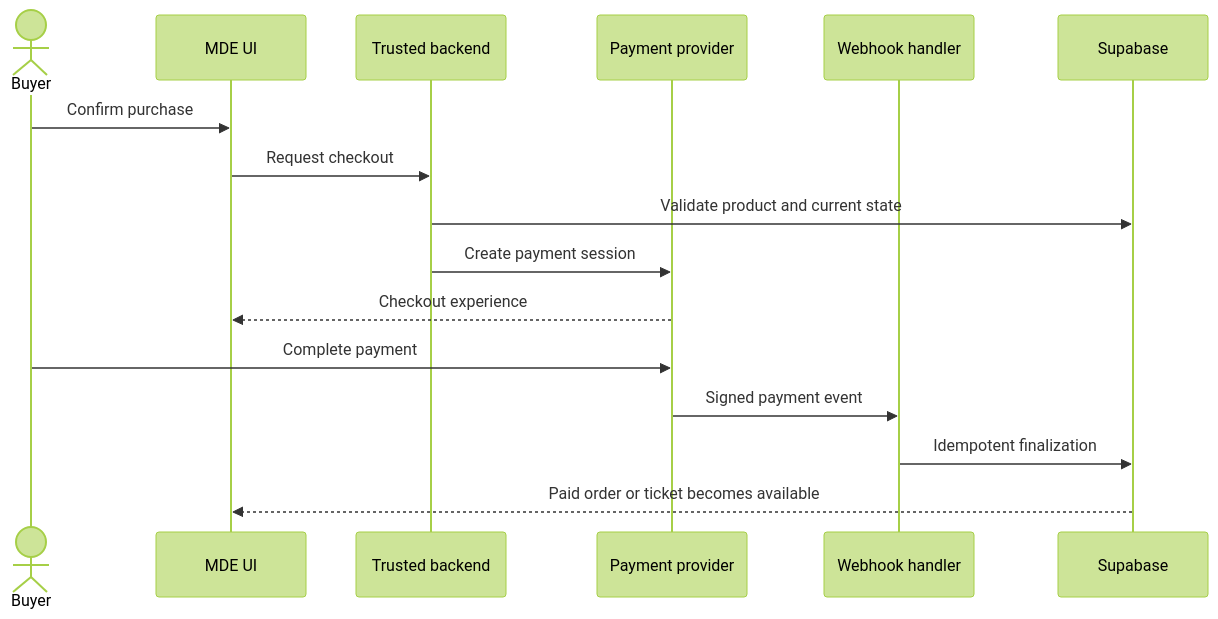
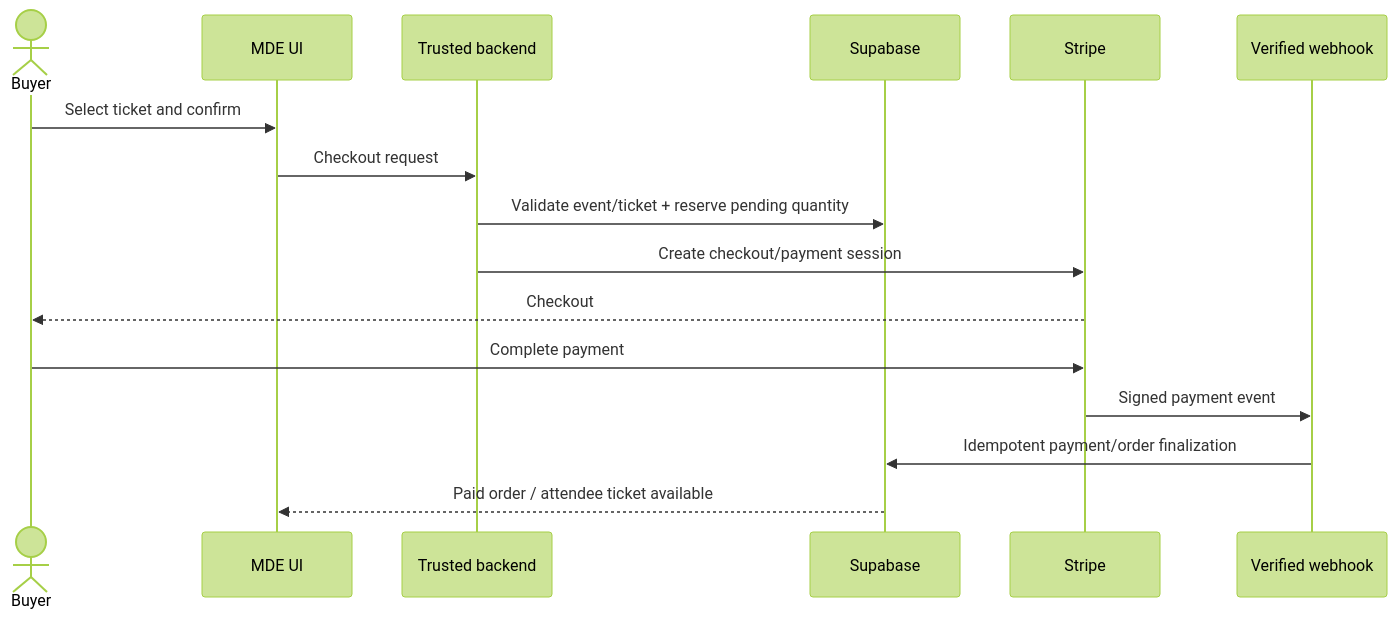
The eighth of 12 diagrams in docs/02-architecture/system-overview.md (amoai-tech/mdeai), drawn with Mermaid (forest theme) before and after one commit. The commit also changed other lines of this file, not shown here.

Commit message:
docs: expand system architecture with live data flows

````diff
--- a/docs/02-architecture/system-overview.md
+++ b/docs/02-architecture/system-overview.md
@@ -325,19 +463,19 @@
 ```mermaid
 sequenceDiagram
     actor Buyer
     participant UI as MDE UI
     participant API as Trusted backend
-    participant Pay as Payment provider
-    participant Hook as Webhook handler
     participant DB as Supabase
+    participant Stripe
+    participant Hook as Verified webhook
 
-    Buyer->>UI: Confirm purchase
-    UI->>API: Request checkout
-    API->>DB: Validate product and current state
-    API->>Pay: Create payment session
-    Pay-->>UI: Checkout experience
-    Buyer->>Pay: Complete payment
-    Pay->>Hook: Signed payment event
-    Hook->>DB: Idempotent finalization
-    DB-->>UI: Paid order or ticket becomes available
+    Buyer->>UI: Select ticket and confirm
+    UI->>API: Checkout request
+    API->>DB: Validate event/ticket + reserve pending quantity
+    API->>Stripe: Create checkout/payment session
+    Stripe-->>Buyer: Checkout
+    Buyer->>Stripe: Complete payment
+    Stripe->>Hook: Signed payment event
+    Hook->>DB: Idempotent payment/order finalization
+    DB-->>UI: Paid order / attendee ticket available
 ```
````
